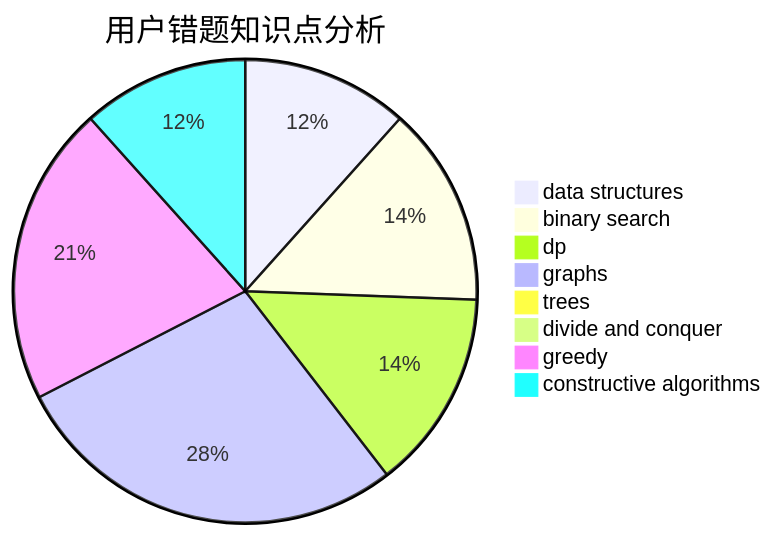
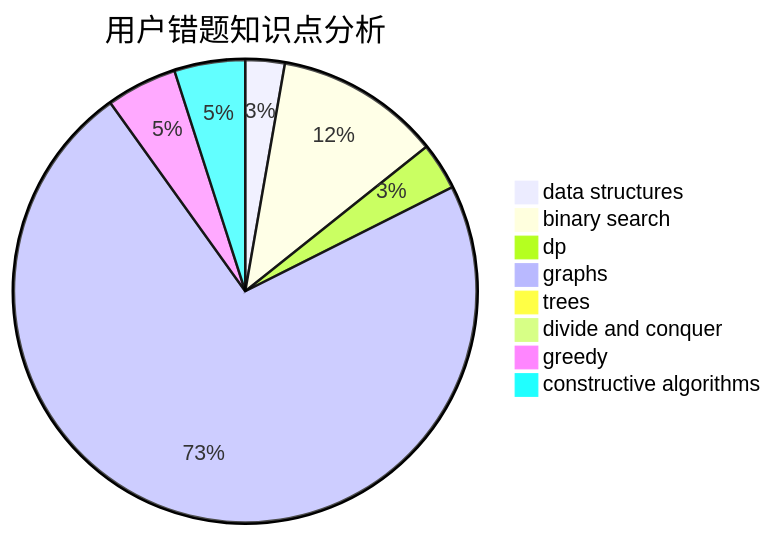
The third of 3 diagrams in docs/user/u111.md (sherpahu/cfrs.github.io), drawn with Mermaid before and after one commit. The commit also changed other lines of this file and 2770 other files, not shown here.

````diff
--- a/docs/user/u111.md
+++ b/docs/user/u111.md
@@ -36,11 +36,11 @@
 ```mermaid
 pie title 用户错题知识点分析
     "data structures" :  5
-    "binary search" :  6
+    "binary search" :  21
     "dp" :  6
-    "graphs" :  12
+    "graphs" :  132
     "trees" :  0
     "divide and conquer" :  0
     "greedy" :  9
-    "constructive algorithms" :  5
+    "constructive algorithms" :  9
 ```
````
